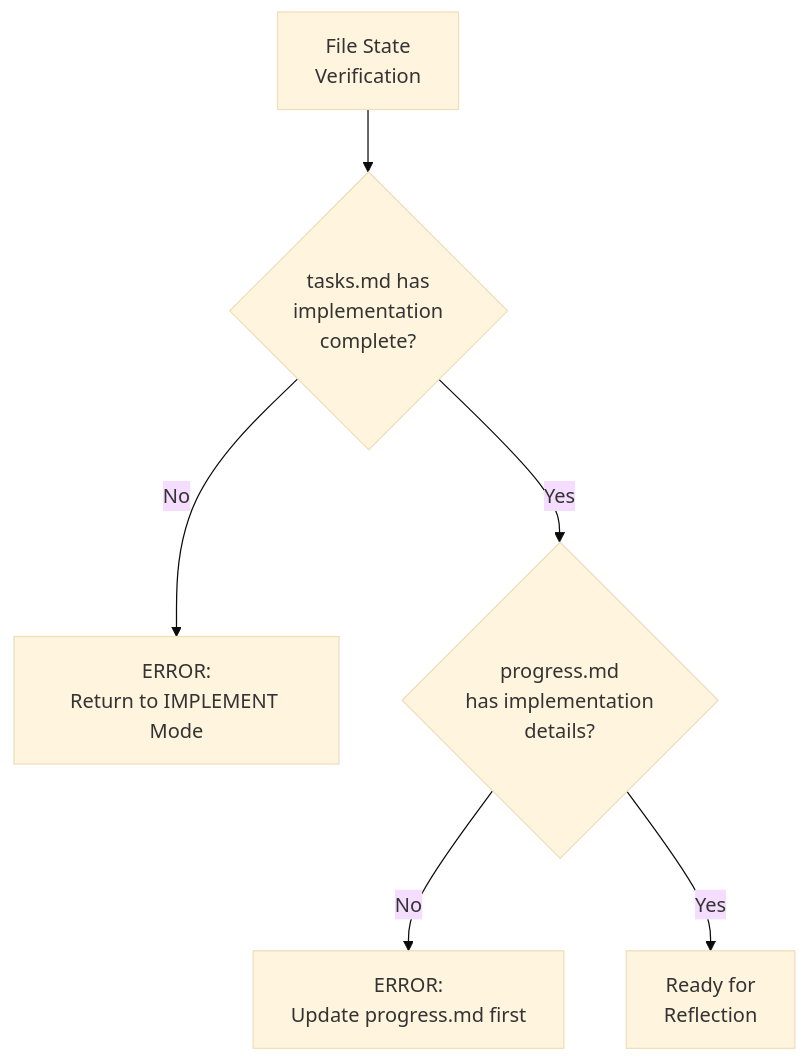
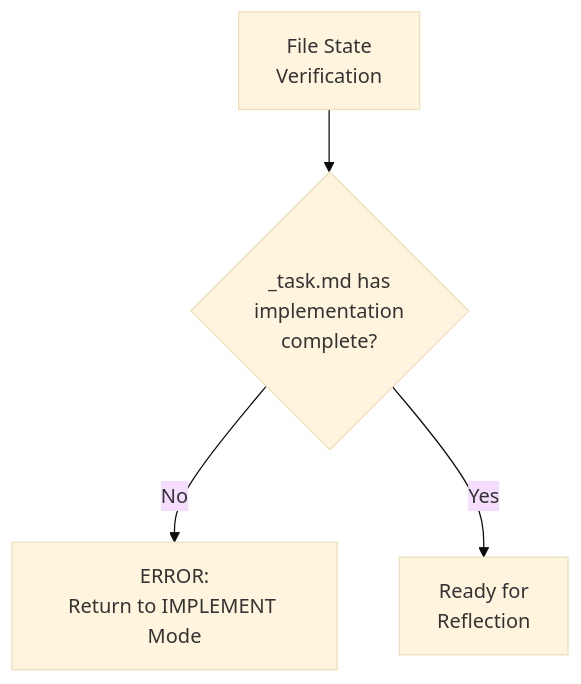
One commit to vanzan01/cursor-memory-bank changed the third of 5 diagrams in .cursor/rules/isolation_rules/visual-maps/reflect-mode-map.mdc. Above: the diagram before and after it, drawn with Mermaid (base theme). The commit also changed other lines of this file and 52 other files, not shown here.

Commit message:
Добавлены новые правила для управления активными задачами и генерации сообщений коммитов. Обновлены существующие правила для улучшения логики обработки контекста и управления задачами. Включены инструкции по созданию заметок для релиза и улучшены диаграммы процесса для режимов ARCHIVE и CREATIVE.

````diff
--- a/.cursor/rules/isolation_rules/visual-maps/reflect-mode-map.mdc
+++ b/.cursor/rules/isolation_rules/visual-maps/reflect-mode-map.mdc
@@ -204,10 +216,7 @@
 ```mermaid
 graph TD
-    Start["File State<br>Verification"] --> CheckTasks{"tasks.md has<br>implementation<br>complete?"}
+    Start["File State<br>Verification"] --> CheckTasks{"_task.md has<br>implementation<br>complete?"}
 
     CheckTasks -->|"No"| ErrorImplement["ERROR:<br>Return to IMPLEMENT Mode"]
-    CheckTasks -->|"Yes"| CheckProgress{"progress.md<br>has implementation<br>details?"}
-
-    CheckProgress -->|"No"| ErrorProgress["ERROR:<br>Update progress.md first"]
-    CheckProgress -->|"Yes"| ReadyReflect["Ready for<br>Reflection"]
+    CheckTasks -->|"Yes"| ReadyReflect["Ready for<br>Reflection"]
 ```
````
